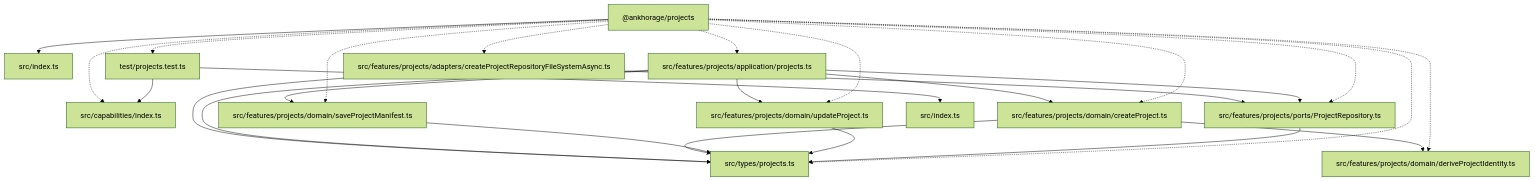
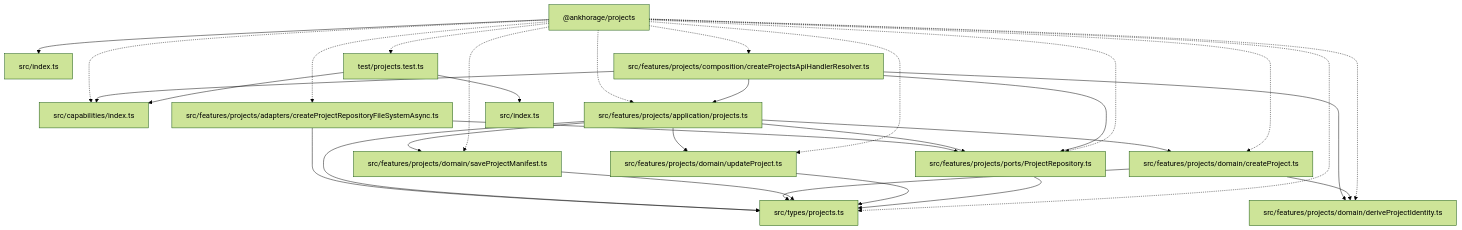
The diagram in paradox/diagrams/architecture-overview.mmd (ankhorage/projects), drawn with Mermaid (forest theme) before and after one commit. The commit also changed 12 other files, not shown here.

```diff
--- a/paradox/diagrams/architecture-overview.mmd
+++ b/paradox/diagrams/architecture-overview.mmd
@@ -1,39 +1,45 @@
 graph TD
   package__ankhorage_projects["@ankhorage/projects"]
   entrypoint_src_index_ts["src/index.ts"]
   package__ankhorage_projects --> entrypoint_src_index_ts
   module_src_capabilities_index_ts["src/capabilities/index.ts"]
   package__ankhorage_projects -.-> module_src_capabilities_index_ts
   module_src_features_projects_adapters_createProjectRepositoryFileSystemAsync_ts["src/features/projects/adapters/createProjectRepositoryFileSystemAsync.ts"]
   package__ankhorage_projects -.-> module_src_features_projects_adapters_createProjectRepositoryFileSystemAsync_ts
   module_src_features_projects_adapters_createProjectRepositoryFileSystemAsync_ts --> module_src_features_projects_ports_ProjectRepository_ts
   module_src_features_projects_adapters_createProjectRepositoryFileSystemAsync_ts --> module_src_types_projects_ts
   module_src_features_projects_application_projects_ts["src/features/projects/application/projects.ts"]
   package__ankhorage_projects -.-> module_src_features_projects_application_projects_ts
   module_src_features_projects_application_projects_ts --> module_src_features_projects_domain_createProject_ts
   module_src_features_projects_application_projects_ts --> module_src_features_projects_domain_saveProjectManifest_ts
   module_src_features_projects_application_projects_ts --> module_src_features_projects_domain_updateProject_ts
   module_src_features_projects_application_projects_ts --> module_src_features_projects_ports_ProjectRepository_ts
   module_src_features_projects_application_projects_ts --> module_src_types_projects_ts
+  module_src_features_projects_composition_createProjectsApiHandlerResolver_ts["src/features/projects/composition/createProjectsApiHandlerResolver.ts"]
+  package__ankhorage_projects -.-> module_src_features_projects_composition_createProjectsApiHandlerResolver_ts
+  module_src_features_projects_composition_createProjectsApiHandlerResolver_ts --> module_src_capabilities_index_ts
+  module_src_features_projects_composition_createProjectsApiHandlerResolver_ts --> module_src_features_projects_application_projects_ts
+  module_src_features_projects_composition_createProjectsApiHandlerResolver_ts --> module_src_features_projects_domain_deriveProjectIdentity_ts
+  module_src_features_projects_composition_createProjectsApiHandlerResolver_ts --> module_src_features_projects_ports_ProjectRepository_ts
   module_src_features_projects_domain_createProject_ts["src/features/projects/domain/createProject.ts"]
   package__ankhorage_projects -.-> module_src_features_projects_domain_createProject_ts
   module_src_features_projects_domain_createProject_ts --> module_src_features_projects_domain_deriveProjectIdentity_ts
   module_src_features_projects_domain_createProject_ts --> module_src_types_projects_ts
   module_src_features_projects_domain_deriveProjectIdentity_ts["src/features/projects/domain/deriveProjectIdentity.ts"]
   package__ankhorage_projects -.-> module_src_features_projects_domain_deriveProjectIdentity_ts
   module_src_features_projects_domain_saveProjectManifest_ts["src/features/projects/domain/saveProjectManifest.ts"]
   package__ankhorage_projects -.-> module_src_features_projects_domain_saveProjectManifest_ts
   module_src_features_projects_domain_saveProjectManifest_ts --> module_src_types_projects_ts
   module_src_features_projects_domain_updateProject_ts["src/features/projects/domain/updateProject.ts"]
   package__ankhorage_projects -.-> module_src_features_projects_domain_updateProject_ts
   module_src_features_projects_domain_updateProject_ts --> module_src_types_projects_ts
   module_src_features_projects_ports_ProjectRepository_ts["src/features/projects/ports/ProjectRepository.ts"]
   package__ankhorage_projects -.-> module_src_features_projects_ports_ProjectRepository_ts
   module_src_features_projects_ports_ProjectRepository_ts --> module_src_types_projects_ts
   module_src_index_ts["src/index.ts"]
   module_src_types_projects_ts["src/types/projects.ts"]
   package__ankhorage_projects -.-> module_src_types_projects_ts
   module_test_projects_test_ts["test/projects.test.ts"]
   package__ankhorage_projects -.-> module_test_projects_test_ts
   module_test_projects_test_ts --> module_src_capabilities_index_ts
   module_test_projects_test_ts --> module_src_index_ts
```
